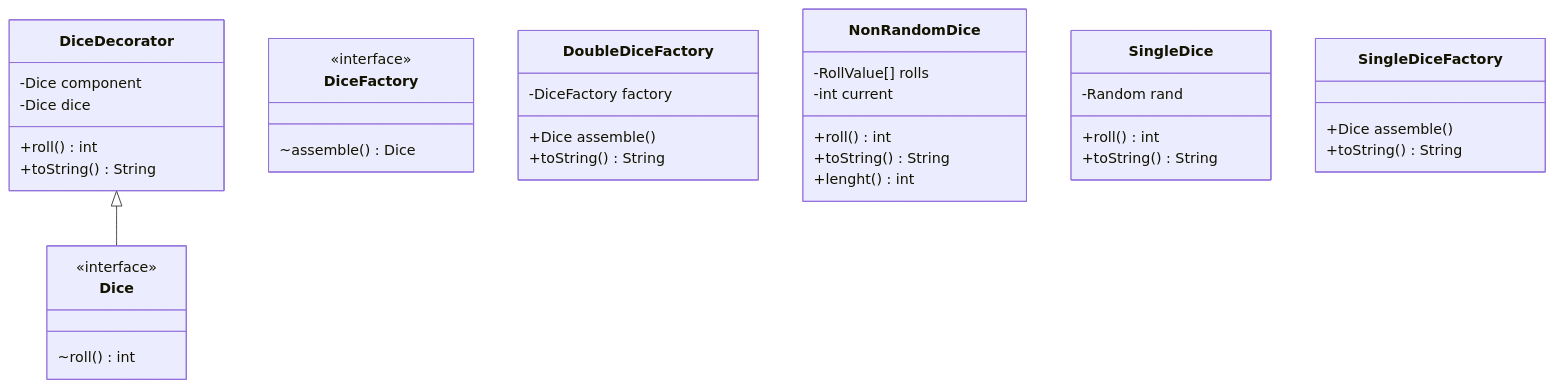
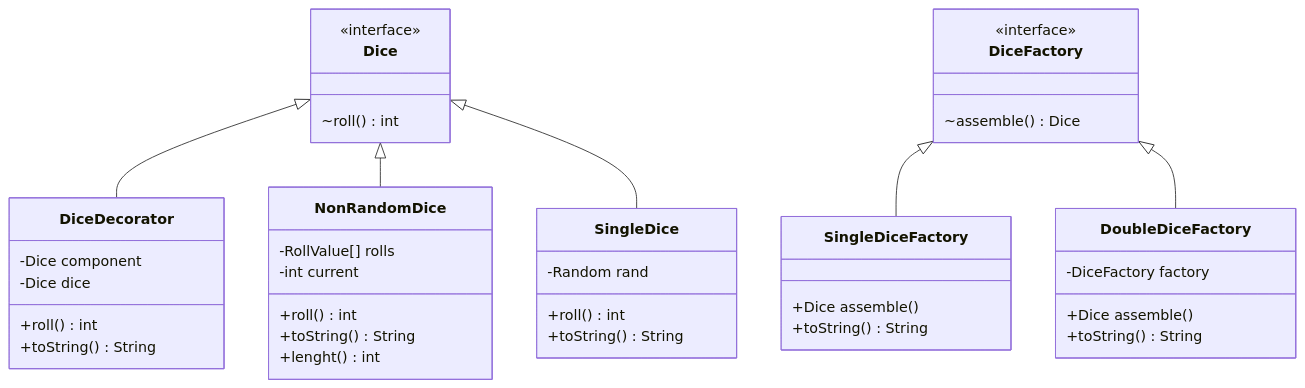
One commit to Luke3470/DesignPaternsUni changed the diagram in README.md. Above: the diagram before and after it, drawn with Mermaid.

````diff
--- a/README.md
+++ b/README.md
@@ -7,48 +7,52 @@
 ```mermaid
 classDiagram
 
     class Dice {
     <<interface>>
     ~roll() int
     }
 
     class DiceDecorator {
         -Dice component
         -Dice dice
         +roll() int
         +toString() String
     }
 
     class DiceFactory {
         <<interface>>
         ~assemble() Dice
     }
 
 
     class DoubleDiceFactory {
         -DiceFactory factory
         +Dice assemble()
         +toString() String 
     }
     
     class NonRandomDice{
         -RollValue[] rolls
         -int current
         +roll() int
         +toString() String
         +lenght() int
     }
 
     class SingleDice {
         -Random rand
         +roll() int
         +toString() String
     }
 
     class SingleDiceFactory {
         +Dice assemble()
         +toString() String 
     }
     
-    DiceDecorator <|-- Dice
+    Dice <|-- DiceDecorator
+    Dice <|-- NonRandomDice
+    Dice <|-- SingleDice
+    DiceFactory <|-- SingleDiceFactory
+    DiceFactory <|-- DoubleDiceFactory
 ```
````
